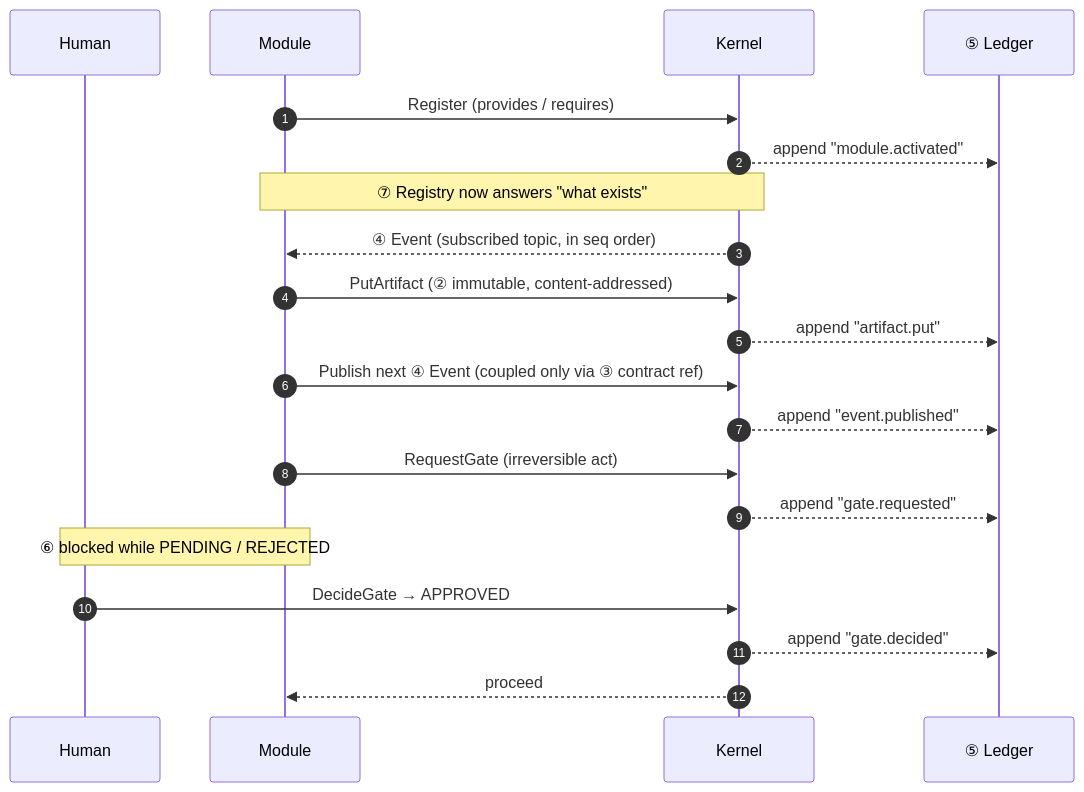
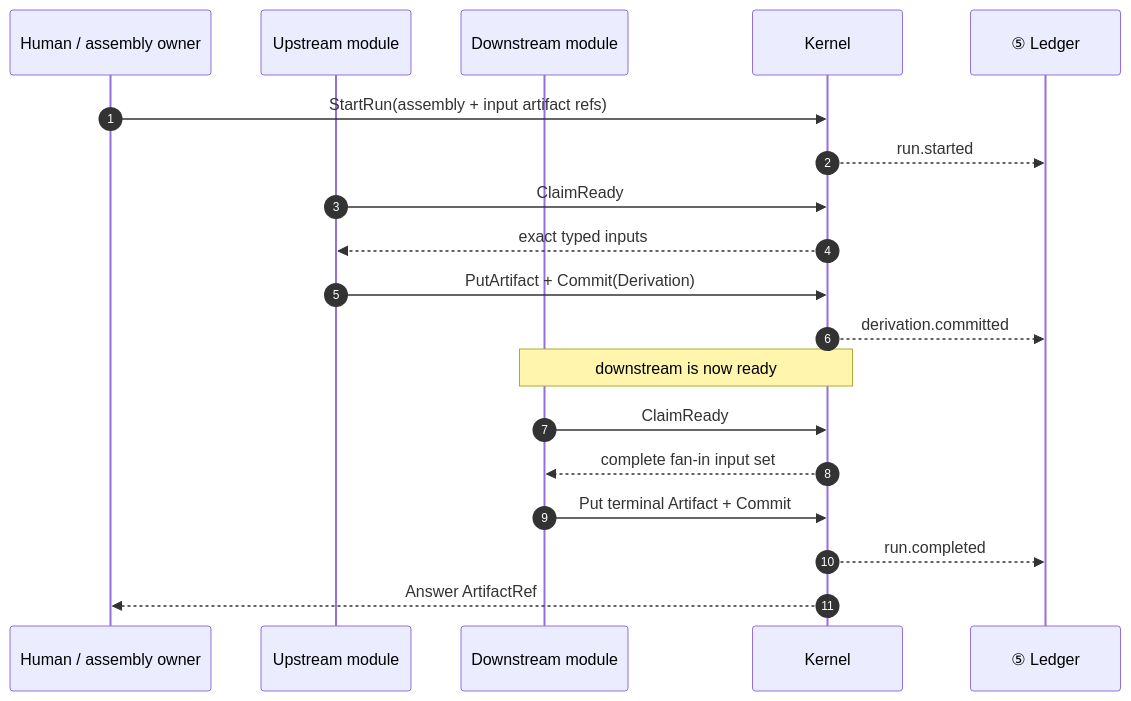
Before and after one commit to philcantcode/srcport-substrate: the second of 7 diagrams in README.md, drawn with Mermaid. The commit also changed other lines of this file and 19 other files, not shown here.

````diff
--- a/README.md
+++ b/README.md
@@ -88,25 +92,22 @@
 ```mermaid
 sequenceDiagram
     autonumber
-    participant H as Human
-    participant Mod as Module
+    participant H as Human / assembly owner
+    participant A as Upstream module
+    participant B as Downstream module
     participant K as Kernel
     participant L as ⑤ Ledger
 
-    Mod->>K: Register (provides / requires)
-    K-->>L: append "module.activated"
-    Note over Mod,K: ⑦ Registry now answers "what exists"
-
-    K-->>Mod: ④ Event (subscribed topic, in seq order)
-    Mod->>K: PutArtifact (② immutable, content-addressed)
-    K-->>L: append "artifact.put"
-    Mod->>K: Publish next ④ Event (coupled only via ③ contract ref)
-    K-->>L: append "event.published"
-
-    Mod->>K: RequestGate (irreversible act)
-    K-->>L: append "gate.requested"
-    Note over Mod,H: ⑥ blocked while PENDING / REJECTED
-    H->>K: DecideGate → APPROVED
-    K-->>L: append "gate.decided"
-    K-->>Mod: proceed
+    H->>K: StartRun(assembly + input artifact refs)
+    K-->>L: run.started
+    A->>K: ClaimReady
+    K-->>A: exact typed inputs
+    A->>K: PutArtifact + Commit(Derivation)
+    K-->>L: derivation.committed
+    Note over B,K: downstream is now ready
+    B->>K: ClaimReady
+    K-->>B: complete fan-in input set
+    B->>K: Put terminal Artifact + Commit
+    K-->>L: run.completed
+    K-->>H: Answer ArtifactRef
 ```
````
